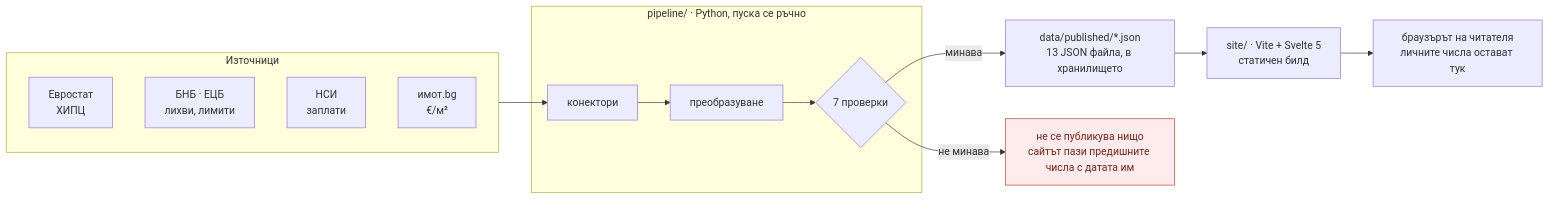
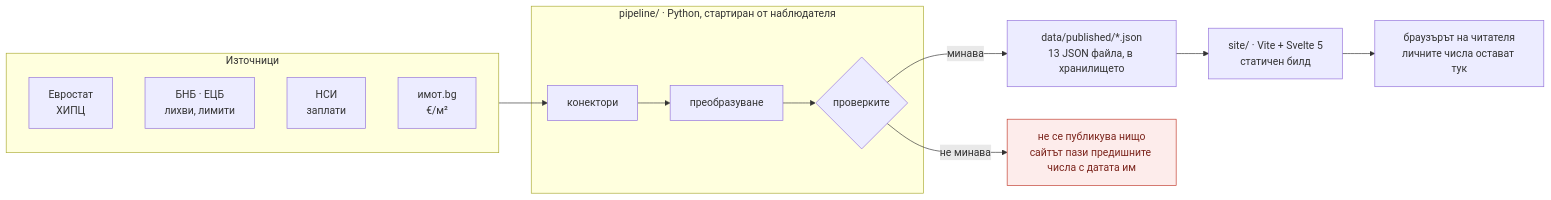
Before and after one commit to vyarno-bg/vyarno: the diagram in README.bg.md, drawn with Mermaid. The commit also changed other lines of this file and 28 other files, not shown here.

````diff
--- a/README.bg.md
+++ b/README.bg.md
@@ -129,25 +129,25 @@
 ```mermaid
 flowchart LR
   subgraph up["Източници"]
     E["Евростат<br/>ХИПЦ"]
     B["БНБ · ЕЦБ<br/>лихви, лимити"]
     N["НСИ<br/>заплати"]
     I["имот.bg<br/>€/м²"]
   end
 
-  subgraph pipe["pipeline/ · Python, пуска се ръчно"]
-    C["конектори"] --> T["преобразуване"] --> G{"7 проверки"}
+  subgraph pipe["pipeline/ · Python, стартиран от наблюдателя"]
+    C["конектори"] --> T["преобразуване"] --> G{"проверките"}
   end
 
   J["data/published/*.json<br/>13 JSON файла, в хранилището"]
   S["site/ · Vite + Svelte 5<br/>статичен билд"]
   U["браузърът на читателя<br/>личните числа остават тук"]
 
   up --> C
   G -->|"минава"| J
   G -->|"не минава"| X["не се публикува нищо<br/>сайтът пази предишните числа с датата им"]
   J --> S --> U
 
   classDef stop fill:#fdeceb,stroke:#c0392b,color:#7b241c;
   class X stop;
 ```
````
